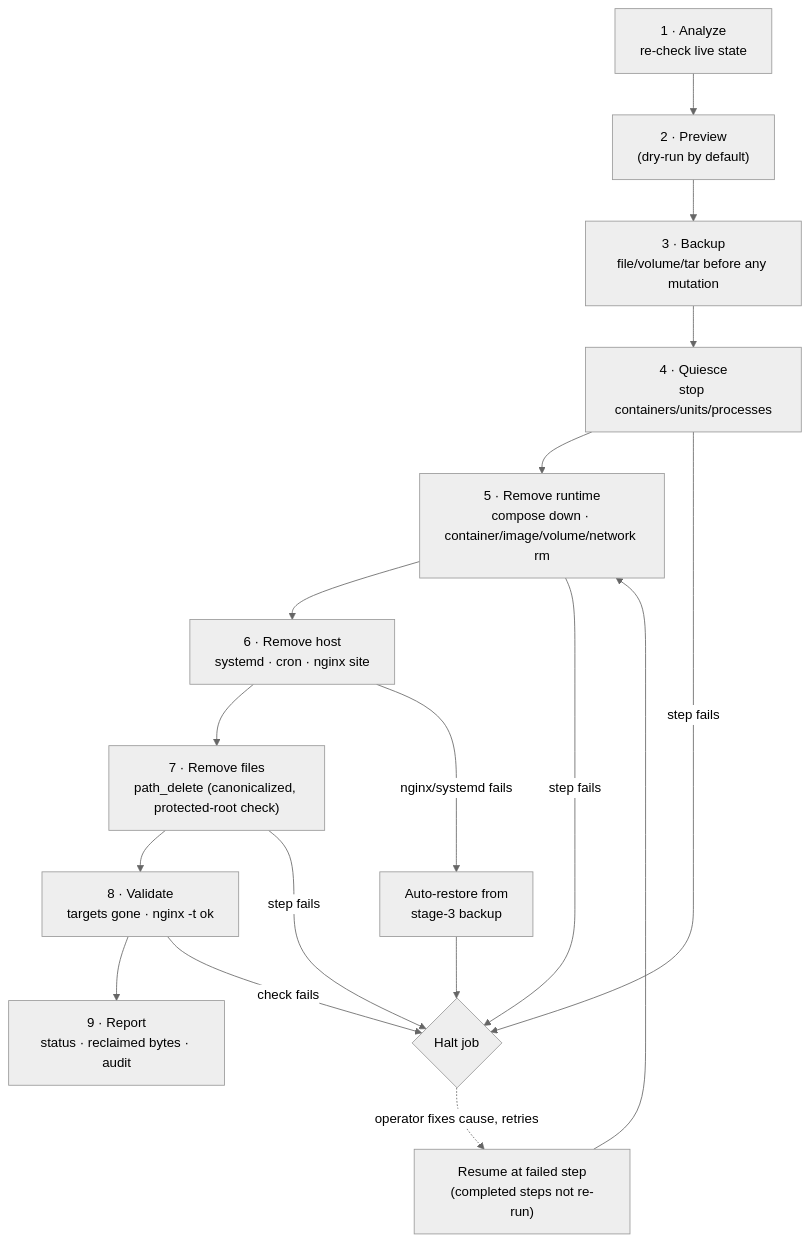
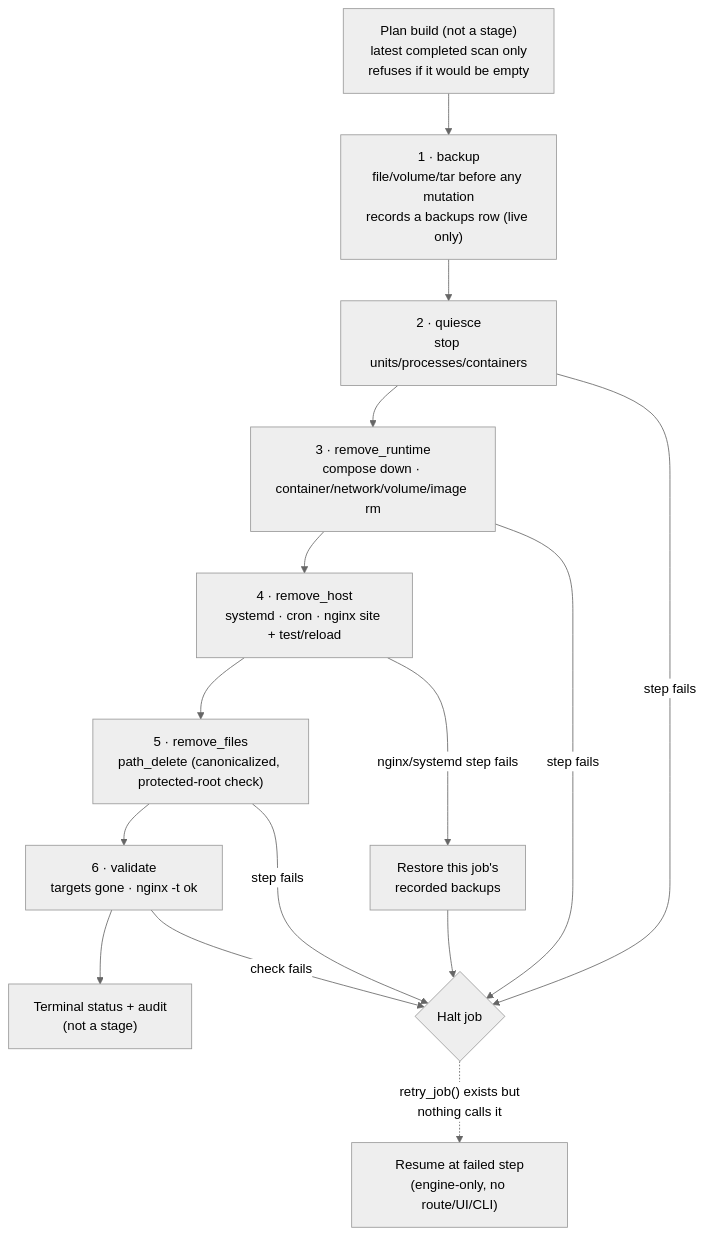
Before and after one commit to adminbjkai/del: the third of 3 diagrams in fern/pages/reference/architecture.mdx, drawn with Mermaid (neutral theme). The commit also changed other lines of this file and 26 other files, not shown here.

````diff
--- a/fern/pages/reference/architecture.mdx
+++ b/fern/pages/reference/architecture.mdx
@@ -245,20 +392,18 @@
 ```mermaid
 flowchart TD
-    A["1 · Analyze<br/>re-check live state"] --> PV["2 · Preview<br/>(dry-run by default)"]
-    PV --> BK["3 · Backup<br/>file/volume/tar before any mutation"]
-    BK --> QU["4 · Quiesce<br/>stop containers/units/processes"]
-    QU --> RR["5 · Remove runtime<br/>compose down · container/image/volume/network rm"]
-    RR --> RH["6 · Remove host<br/>systemd · cron · nginx site"]
-    RH --> RF["7 · Remove files<br/>path_delete (canonicalized, protected-root check)"]
-    RF --> VA["8 · Validate<br/>targets gone · nginx -t ok"]
-    VA --> RP["9 · Report<br/>status · reclaimed bytes · audit"]
+    PB["Plan build (not a stage)<br/>latest completed scan only<br/>refuses if it would be empty"] --> BK
+    BK["1 · backup<br/>file/volume/tar before any mutation<br/>records a backups row (live only)"] --> QU
+    QU["2 · quiesce<br/>stop units/processes/containers"] --> RR
+    RR["3 · remove_runtime<br/>compose down · container/network/volume/image rm"] --> RH
+    RH["4 · remove_host<br/>systemd · cron · nginx site + test/reload"] --> RF
+    RF["5 · remove_files<br/>path_delete (canonicalized, protected-root check)"] --> VA
+    VA["6 · validate<br/>targets gone · nginx -t ok"] --> RP["Terminal status + audit<br/>(not a stage)"]
 
     QU -->|"step fails"| HALT{"Halt job"}
     RR -->|"step fails"| HALT
-    RH -->|"nginx/systemd fails"| RB["Auto-restore from<br/>stage-3 backup"]
+    RH -->|"nginx/systemd step fails"| RB["Restore this job's<br/>recorded backups"]
     RF -->|"step fails"| HALT
     VA -->|"check fails"| HALT
     RB --> HALT
-    HALT -.->|"operator fixes cause, retries"| RESUME["Resume at failed step<br/>(completed steps not re-run)"]
-    RESUME --> RR
+    HALT -.->|"retry_job() exists but<br/>nothing calls it"| RESUME["Resume at failed step<br/>(engine-only, no route/UI/CLI)"]
 ```
````
